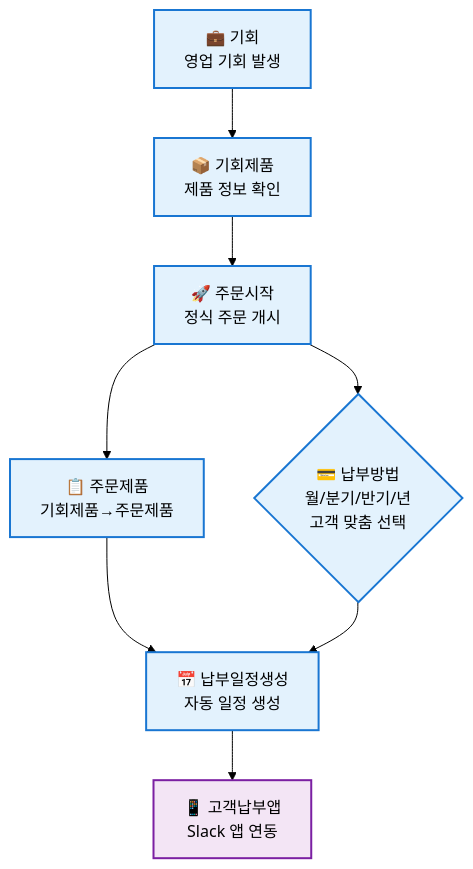
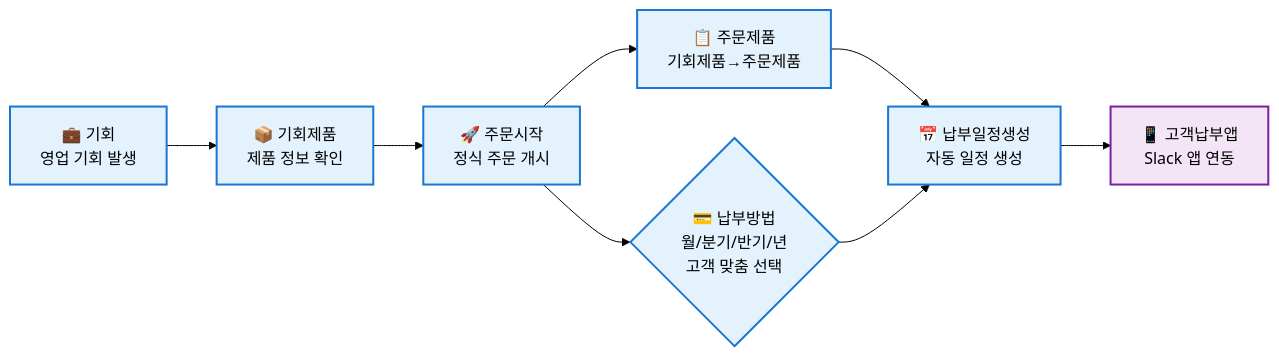
Before and after one commit to MoonJH-2/MainOrgProject: the fourth of 8 diagrams in README.md, drawn with Mermaid (forest theme). The commit also changed other lines of this file, not shown here.

````diff
--- a/README.md
+++ b/README.md
@@ -131,23 +131,23 @@
 ```mermaid
-flowchart TD
+flowchart LR
     A["💼 기회<br>영업 기회 발생"] --> B["📦 기회제품<br>제품 정보 확인"]
     B --> C["🚀 주문시작<br>정식 주문 개시"]
     C --> D["📋 주문제품<br>기회제품→주문제품"]
     C --> E{"💳 납부방법<br>월/분기/반기/년<br>고객 맞춤 선택"}
     
     D --> F["📅 납부일정생성<br>자동 일정 생성"]
     E --> F
     F --> G["📱 고객납부앱<br>Slack 앱 연동"]
     
     %% 스타일 정의
     A:::main
     B:::main
     C:::main
     D:::main
     E:::main
     F:::main
     G:::customer
     
     classDef main fill:#e3f2fd,stroke:#1976d2,stroke-width:2px
     classDef customer fill:#f3e5f5,stroke:#7b1fa2,stroke-width:2px
 ```
````
